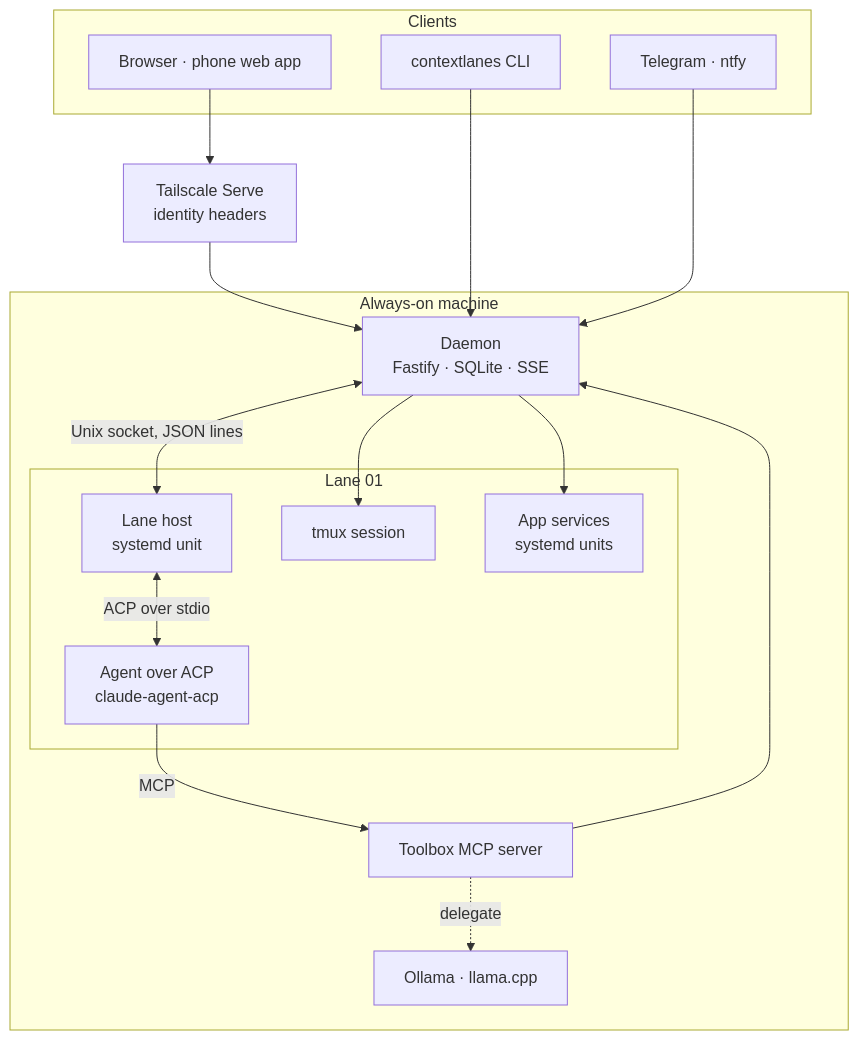
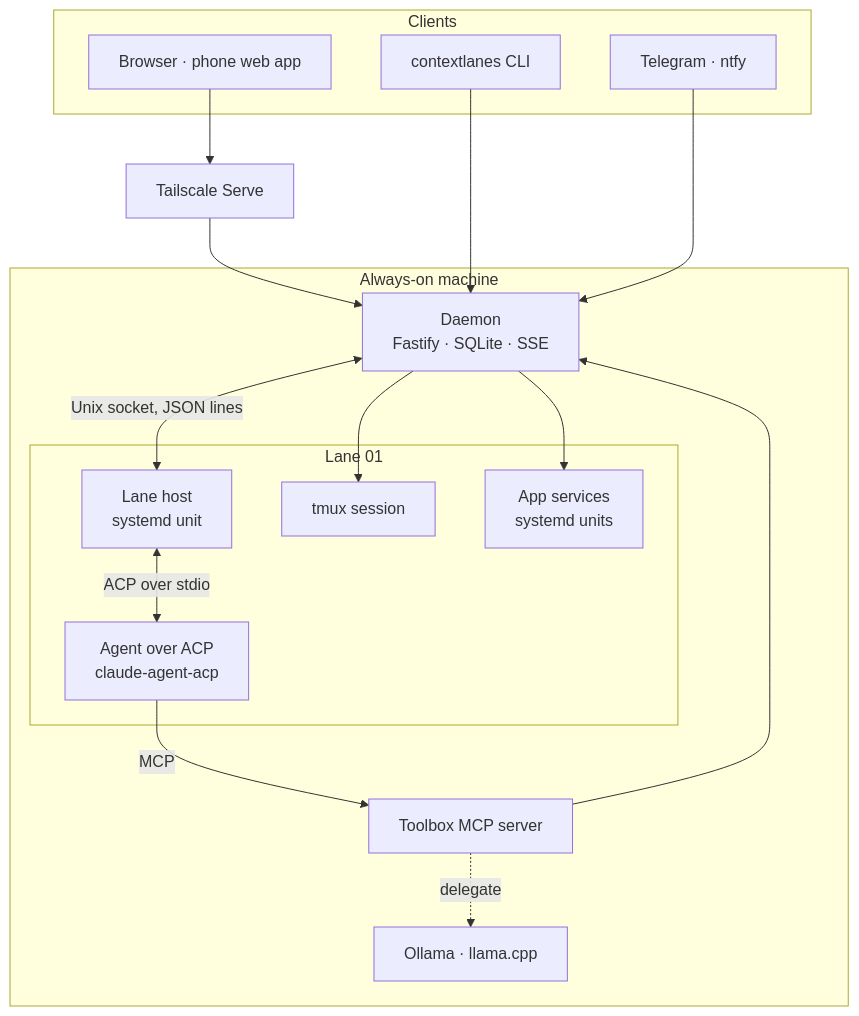
Before and after one commit to wongywrongy/ContextLane: the first of 2 diagrams in docs/ARCHITECTURE.md, drawn with Mermaid. The commit also changed other lines of this file and 58 other files, not shown here.

````diff
--- a/docs/ARCHITECTURE.md
+++ b/docs/ARCHITECTURE.md
@@ -7,29 +7,29 @@
 ```mermaid
 flowchart TB
   subgraph clients[Clients]
     web[Browser · phone web app]
     cli[contextlanes CLI]
     tg[Telegram · ntfy]
   end
-  ts[Tailscale Serve<br/>identity headers]
+  ts[Tailscale Serve]
   subgraph machine[Always-on machine]
     daemon[Daemon<br/>Fastify · SQLite · SSE]
     subgraph lane1[Lane 01]
       host1[Lane host<br/>systemd unit]
       agent1[Agent over ACP<br/>claude-agent-acp]
       tmux1[tmux session]
       app1[App services<br/>systemd units]
     end
     toolbox[Toolbox MCP server]
     local[Ollama · llama.cpp]
   end
   web --> ts --> daemon
   cli --> daemon
   tg --> daemon
   daemon <-- Unix socket, JSON lines --> host1
   host1 <-- ACP over stdio --> agent1
   agent1 -- MCP --> toolbox --> daemon
   daemon --> tmux1
   daemon --> app1
   toolbox -. delegate .-> local
 ```
````
